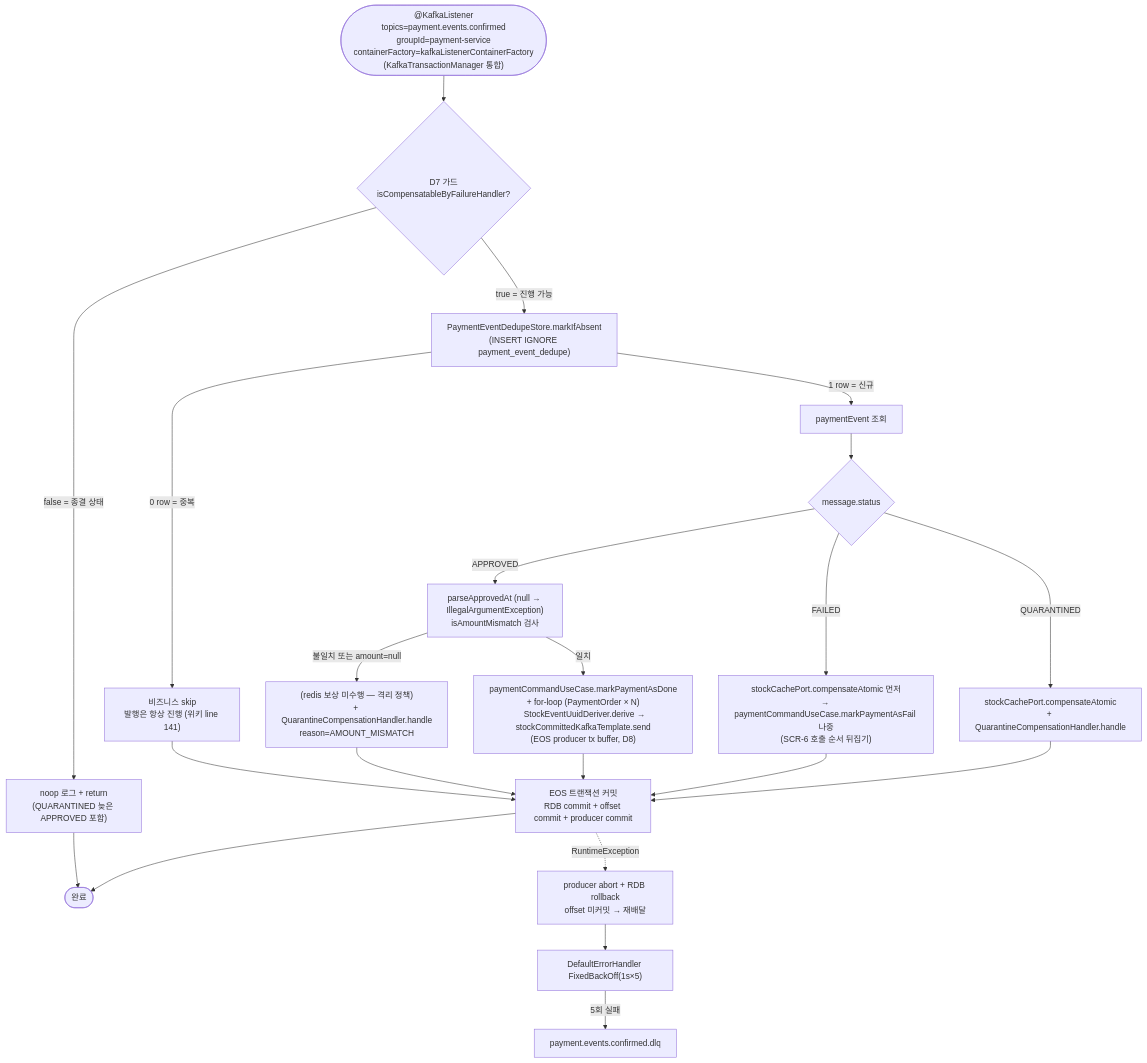
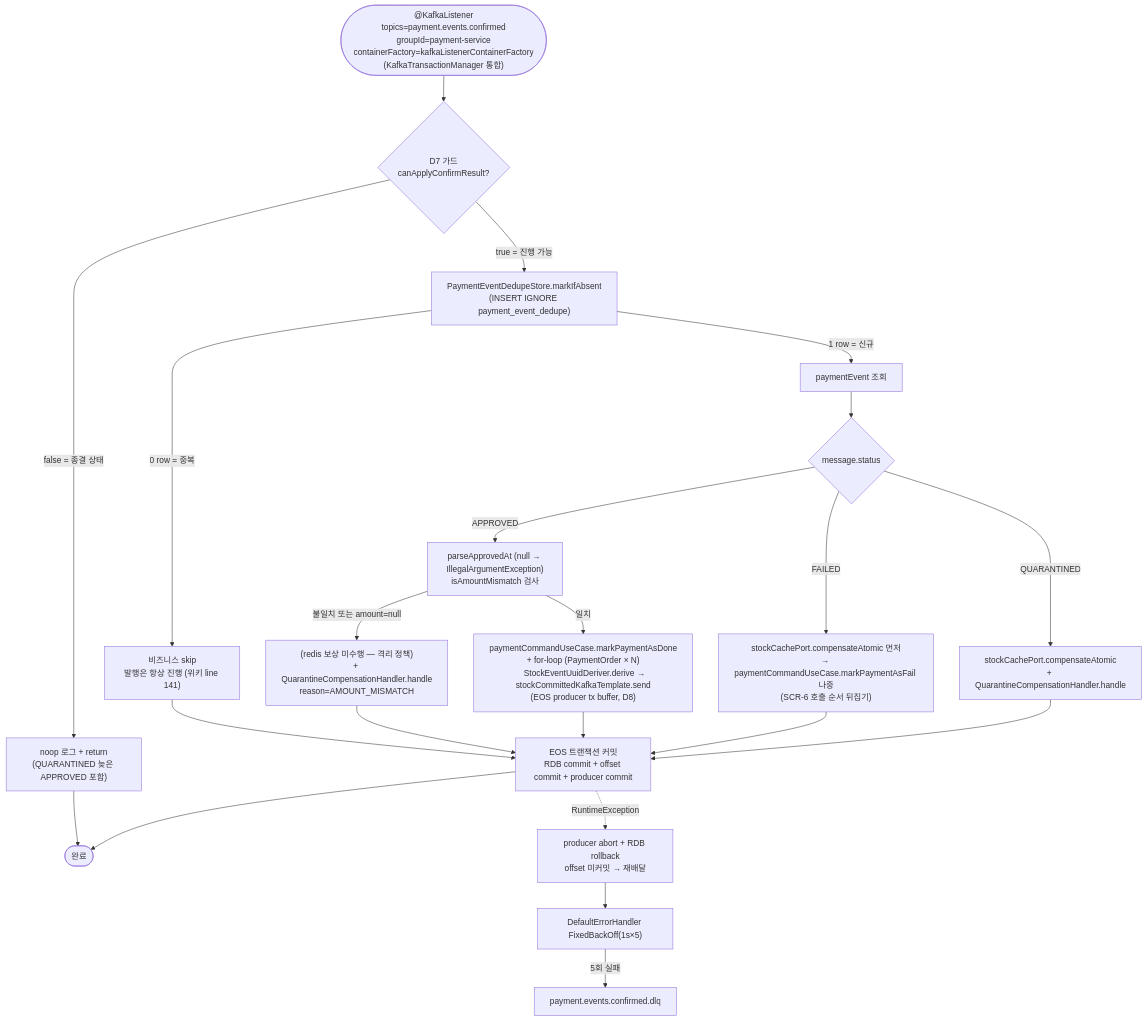
The fourth of 9 diagrams in docs/context/CONFIRM-FLOW.md (hyoguoo/payment-platform), drawn with Mermaid before and after one commit. The commit also changed other lines of this file and 11 other files, not shown here.

````diff
--- a/docs/context/CONFIRM-FLOW.md
+++ b/docs/context/CONFIRM-FLOW.md
@@ -122,31 +122,31 @@
 ```mermaid
 flowchart TD
-    KC(["@KafkaListener<br/>topics=payment.events.confirmed<br/>groupId=payment-service<br/>containerFactory=kafkaListenerContainerFactory<br/>(KafkaTransactionManager 통합)"]) --> GUARD{"D7 가드<br/>isCompensatableByFailureHandler?"}
+    KC(["@KafkaListener<br/>topics=payment.events.confirmed<br/>groupId=payment-service<br/>containerFactory=kafkaListenerContainerFactory<br/>(KafkaTransactionManager 통합)"]) --> GUARD{"D7 가드<br/>canApplyConfirmResult?"}
 
     GUARD -->|false = 종결 상태| NOOP["noop 로그 + return<br/>(QUARANTINED 늦은 APPROVED 포함)"]
     GUARD -->|true = 진행 가능| DEDUPE["PaymentEventDedupeStore.markIfAbsent<br/>(INSERT IGNORE payment_event_dedupe)"]
 
     DEDUPE -->|0 row = 중복| RESEND["비즈니스 skip<br/>발행은 항상 진행 (위키 line 141)"]
     DEDUPE -->|1 row = 신규| LOAD[paymentEvent 조회]
     LOAD --> SW{message.status}
 
     SW -->|APPROVED| AMT["parseApprovedAt (null → IllegalArgumentException)<br/>isAmountMismatch 검사"]
     AMT -->|불일치 또는 amount=null| QU_AM["(redis 보상 미수행 — 격리 정책)<br/>+ QuarantineCompensationHandler.handle<br/>reason=AMOUNT_MISMATCH"]
     AMT -->|일치| DONE_OK["paymentCommandUseCase.markPaymentAsDone<br/>+ for-loop (PaymentOrder × N)<br/>  StockEventUuidDeriver.derive → stockCommittedKafkaTemplate.send<br/>(EOS producer tx buffer, D8)"]
 
     SW -->|FAILED| FAIL_OK["stockCachePort.compensateAtomic 먼저<br/>→ paymentCommandUseCase.markPaymentAsFail 나중<br/>(SCR-6 호출 순서 뒤집기)"]
 
     SW -->|QUARANTINED| QU_PG["stockCachePort.compensateAtomic<br/>+ QuarantineCompensationHandler.handle"]
 
     DONE_OK --> COMMIT["EOS 트랜잭션 커밋<br/>RDB commit + offset commit + producer commit"]
     FAIL_OK --> COMMIT
     QU_AM --> COMMIT
     QU_PG --> COMMIT
     RESEND --> COMMIT
     NOOP --> END([완료])
     COMMIT --> END
 
     COMMIT -.->|RuntimeException| ABORT["producer abort + RDB rollback<br/>offset 미커밋 → 재배달"]
     ABORT --> RETRY["DefaultErrorHandler FixedBackOff(1s×5)"]
     RETRY -->|5회 실패| DLQ["payment.events.confirmed.dlq"]
 ```
````
